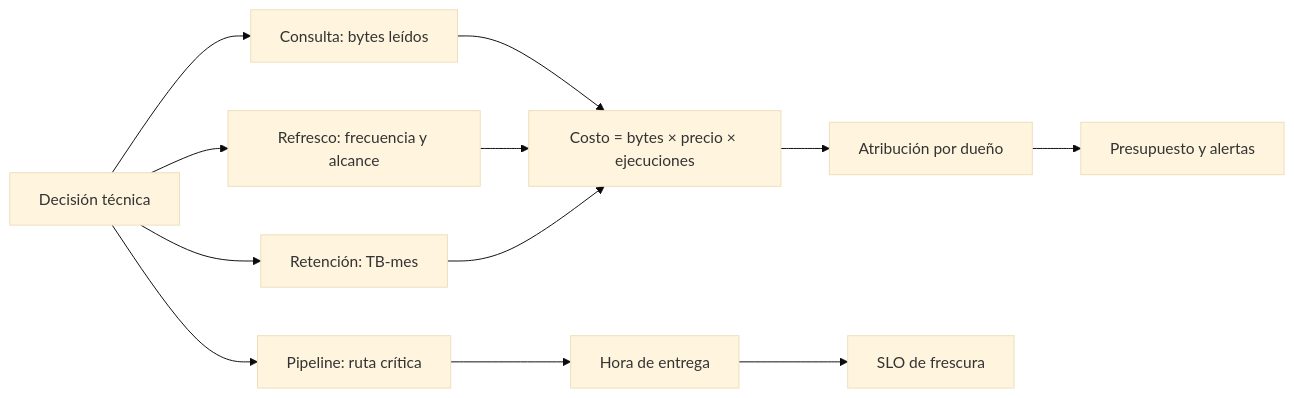
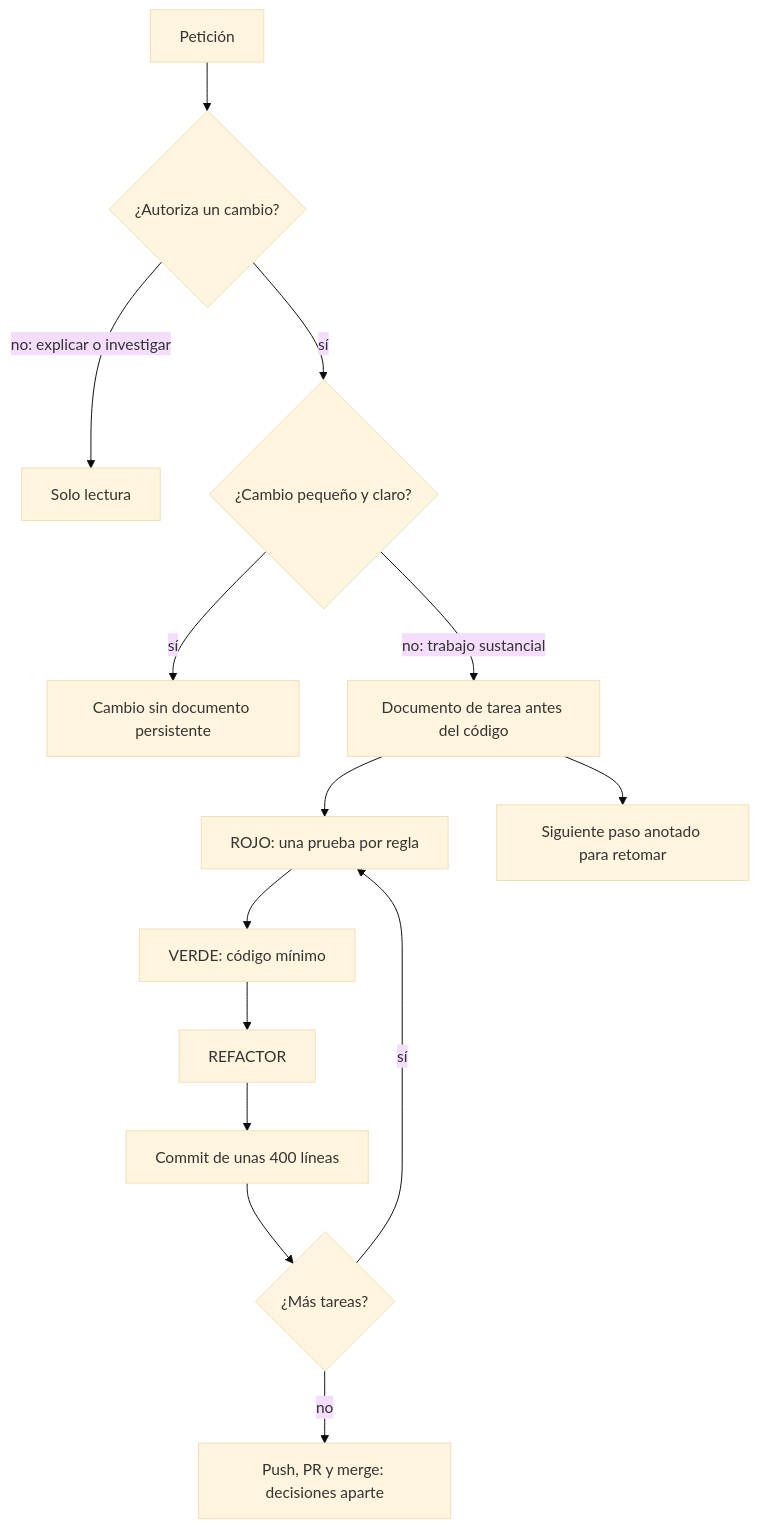
The diagram in content/part-45/SE-550.md (vladimiracunadev-create/modern-software-engineering-program), drawn with Mermaid (base theme) before and after one commit. The commit also changed other lines of this file and 5193 other files, not shown here.

````diff
--- a/content/part-45/SE-550.md
+++ b/content/part-45/SE-550.md
@@ -56,14 +58,16 @@
 ```mermaid
-flowchart LR
-    A[Decisión técnica] --> B[Consulta: bytes leídos]
-    A --> C[Refresco: frecuencia y alcance]
-    A --> D[Retención: TB-mes]
-    A --> E[Pipeline: ruta crítica]
-    B --> F[Costo = bytes × precio × ejecuciones]
-    C --> F
-    D --> F
-    E --> G[Hora de entrega]
-    F --> H[Atribución por dueño]
-    H --> I[Presupuesto y alertas]
-    G --> J[SLO de frescura]
+flowchart TB
+    A[Petición] --> B{¿Autoriza un cambio?}
+    B -->|no: explicar o investigar| C[Solo lectura]
+    B -->|sí| D{¿Cambio pequeño y claro?}
+    D -->|sí| E[Cambio sin documento persistente]
+    D -->|no: trabajo sustancial| F[Documento de tarea antes del código]
+    F --> G[ROJO: una prueba por regla]
+    G --> H[VERDE: código mínimo]
+    H --> I[REFACTOR]
+    I --> J[Commit de unas 400 líneas]
+    J --> K{¿Más tareas?}
+    K -->|sí| G
+    K -->|no| L[Push, PR y merge: decisiones aparte]
+    F --> M[Siguiente paso anotado para retomar]
 ```
````
